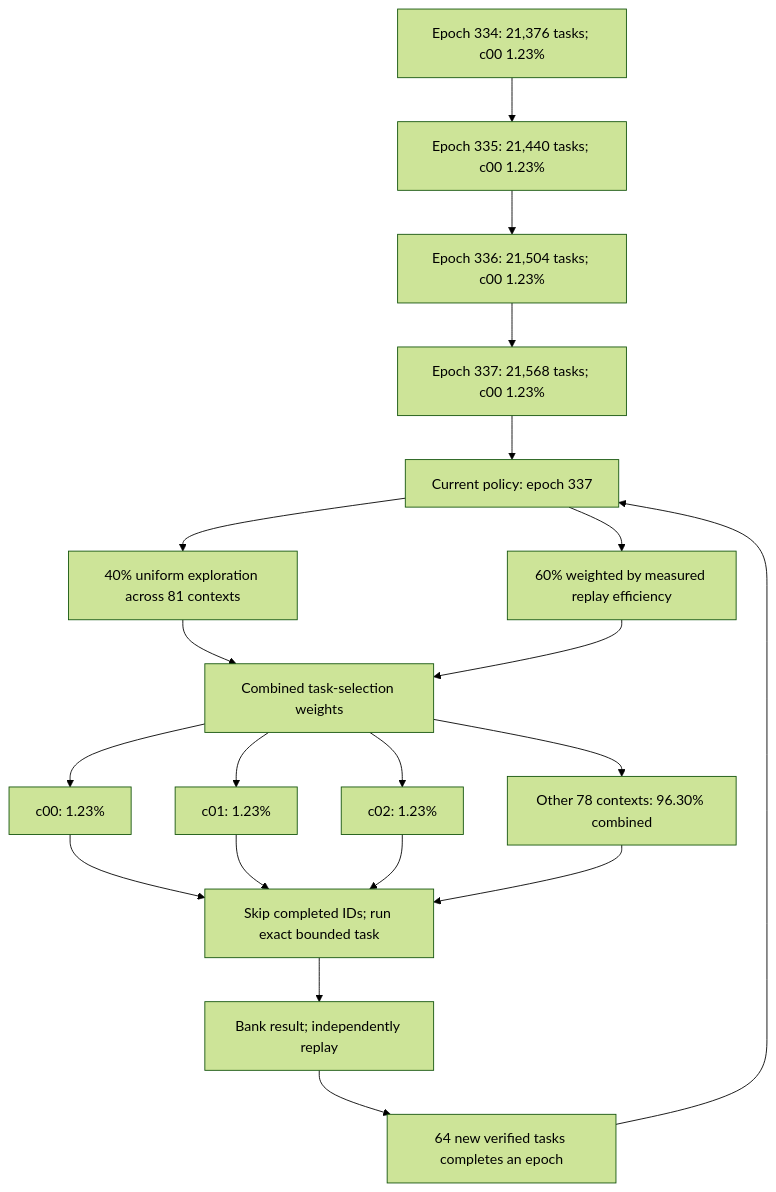
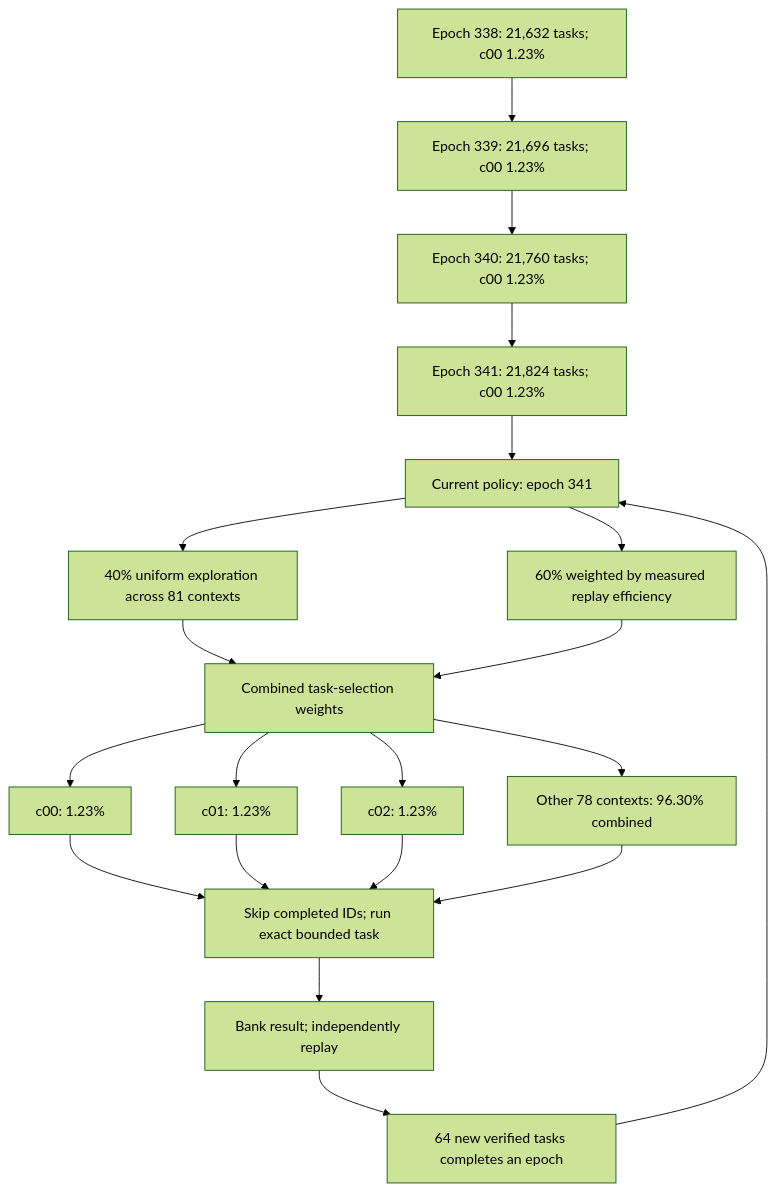
The first of 2 diagrams in README.md (Kuberwastaken/math-gambling), drawn with Mermaid (forest theme) before and after one commit. The commit also changed other lines of this file and 595 other files, not shown here.

````diff
--- a/README.md
+++ b/README.md
@@ -49,27 +49,27 @@
 ```mermaid
 flowchart TD
-    H0["Epoch 334: 21,376 tasks; c00 1.23%"]
-    H1["Epoch 335: 21,440 tasks; c00 1.23%"]
+    H0["Epoch 338: 21,632 tasks; c00 1.23%"]
+    H1["Epoch 339: 21,696 tasks; c00 1.23%"]
     H0 --> H1
-    H2["Epoch 336: 21,504 tasks; c00 1.23%"]
+    H2["Epoch 340: 21,760 tasks; c00 1.23%"]
     H1 --> H2
-    H3["Epoch 337: 21,568 tasks; c00 1.23%"]
+    H3["Epoch 341: 21,824 tasks; c00 1.23%"]
     H2 --> H3
-    Policy["Current policy: epoch 337"]
+    Policy["Current policy: epoch 341"]
     H3 --> Policy
     Policy --> Explore["40% uniform exploration across 81 contexts"]
     Policy --> Cost["60% weighted by measured replay efficiency"]
     Explore --> Mix["Combined task-selection weights"]
     Cost --> Mix
     Mix --> C0["c00: 1.23%"]
     Mix --> C1["c01: 1.23%"]
     Mix --> C2["c02: 1.23%"]
     Mix --> Rest["Other 78 contexts: 96.30% combined"]
     C0 --> Check["Skip completed IDs; run exact bounded task"]
     C1 --> Check
     C2 --> Check
     Rest --> Check
     Check --> Replay["Bank result; independently replay"]
     Replay --> Gate["64 new verified tasks completes an epoch"]
     Gate --> Policy
 ```
````
